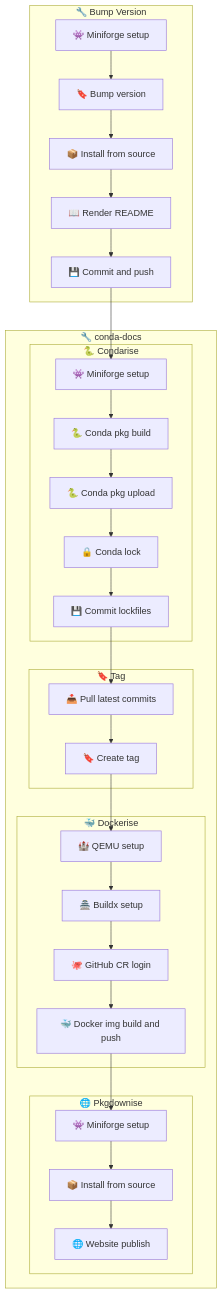
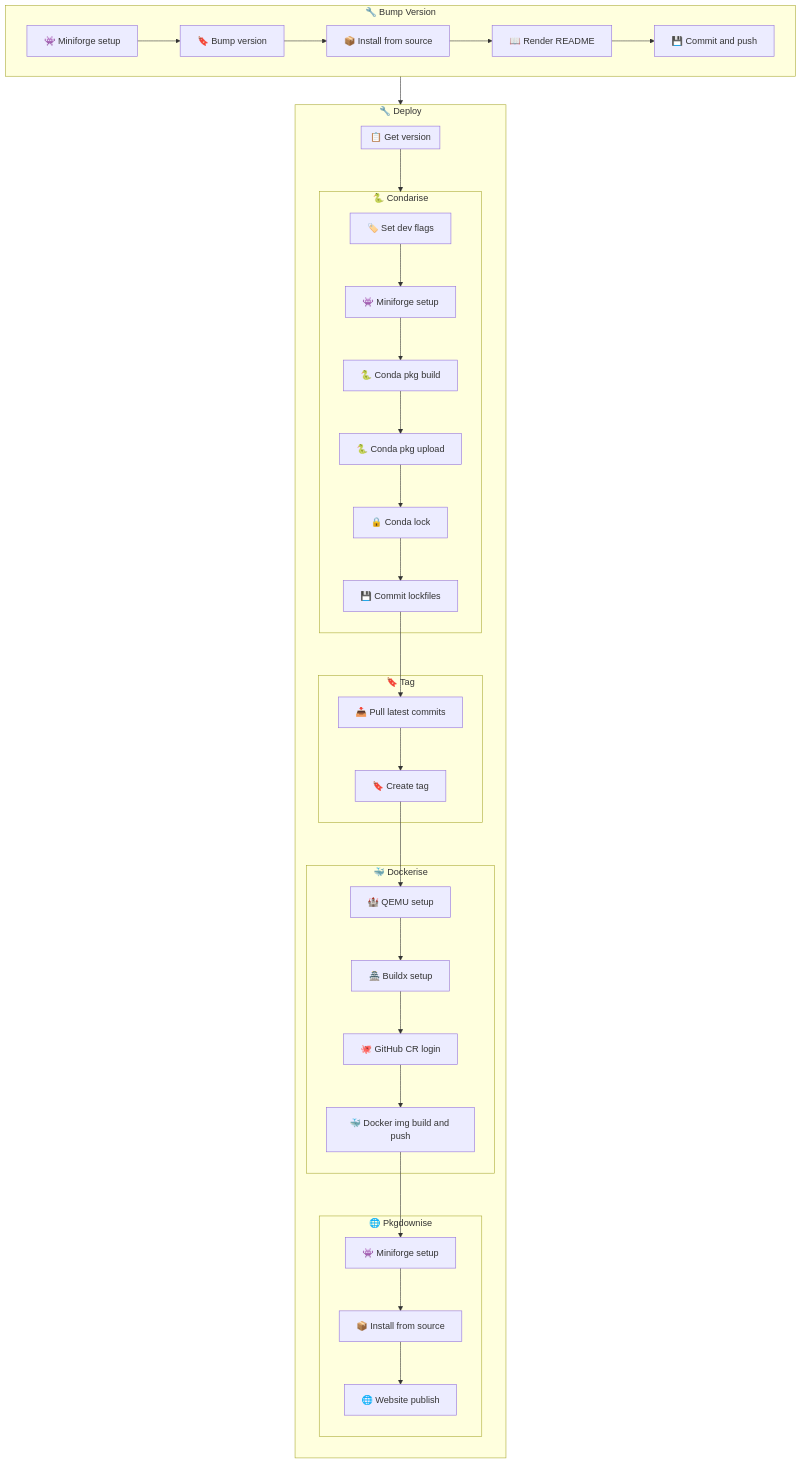
Before and after one commit to tidywf/tidywigits: the diagram in dev/articles/cicd.md, drawn with Mermaid. The commit also changed 82 other files, not shown here.

````diff
--- a/dev/articles/cicd.md
+++ b/dev/articles/cicd.md
@@ -3,56 +3,62 @@
 ``` mermaid
 flowchart TD
 
     subgraph BUMP ["🔧 Bump Version"]
     B1["👾 Miniforge setup"]
     B2["🔖 Bump version"]
     B3["📦 Install from source"]
     B4["📖 Render README"]
     B5["💾 Commit and push"]
     B1 --> B2
     B2 --> B3
     B3 --> B4
     B4 --> B5
     end
 
-    B5 --> J1S1
+    BUMP --> DEPLOY
 
-    subgraph DEPLOY ["🔧 conda-docs"]
+    subgraph DEPLOY ["🔧 Deploy"]
+        direction TB
+        subgraph version ["📋 Get version"]
+        end
         subgraph condarise ["🐍 Condarise"]
-        J1S1["👾 Miniforge setup"]
-        J1S2["🐍 Conda pkg build"]
-        J1S3["🐍 Conda pkg upload"]
-        J1S4["🔒 Conda lock"]
-        J1S5["💾 Commit lockfiles"]
-        J1S1 --> J1S2
-        J1S2 --> J1S3
-        J1S3 --> J1S4
-        J1S4 --> J1S5
+        J2S1["🏷️ Set dev flags"]
+        J2S2["👾 Miniforge setup"]
+        J2S3["🐍 Conda pkg build"]
+        J2S4["🐍 Conda pkg upload"]
+        J2S5["🔒 Conda lock"]
+        J2S6["💾 Commit lockfiles"]
+        J2S1 --> J2S2
+        J2S2 --> J2S3
+        J2S3 --> J2S4
+        J2S4 --> J2S5
+        J2S5 --> J2S6
         end
         subgraph tag ["🔖 Tag"]
-        J2S1["📥 Pull latest commits"]
-        J2S2["🔖 Create tag"]
-        J2S1 --> J2S2
+        J3S1["📥 Pull latest commits"]
+        J3S2["🔖 Create tag"]
+        J3S1 --> J3S2
         end
         subgraph dockerise ["🐳 Dockerise"]
-        J3S1["🏰 QEMU setup"]
-        J3S2["🏯 Buildx setup"]
-        J3S3["🐙 GitHub CR login"]
-        J3S4["🐳 Docker img build and push"]
-        J3S1 --> J3S2
-        J3S2 --> J3S3
-        J3S3 --> J3S4
+        J4S1["🏰 QEMU setup"]
+        J4S2["🏯 Buildx setup"]
+        J4S3["🐙 GitHub CR login"]
+        J4S4["🐳 Docker img build and push"]
+        J4S1 --> J4S2
+        J4S2 --> J4S3
+        J4S3 --> J4S4
         end
         subgraph pkgdownise ["🌐 Pkgdownise"]
-        J4S1["👾 Miniforge setup"]
-        J4S2["📦 Install from source"]
-        J4S3["🌐 Website publish"]
-        J4S1 --> J4S2
-        J4S2 --> J4S3
+        J5S1["👾 Miniforge setup"]
+        J5S2["📦 Install from source"]
+        J5S3["🌐 Website publish"]
+        J5S1 --> J5S2
+        J5S2 --> J5S3
         end
 
-        J1S5 --> J2S1
-        J2S2 --> J3S1
-        J3S4 --> J4S1
+        version --> condarise
+        J2S6 --> J3S1
+        J3S2 --> J4S1
+        J4S4 --> J5S1
     end
 ```
````
